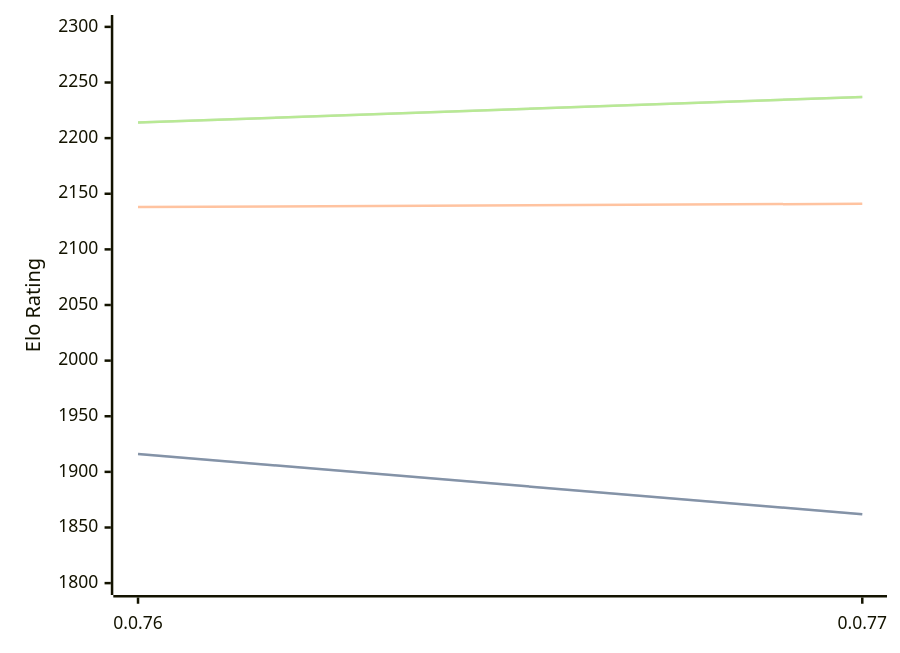
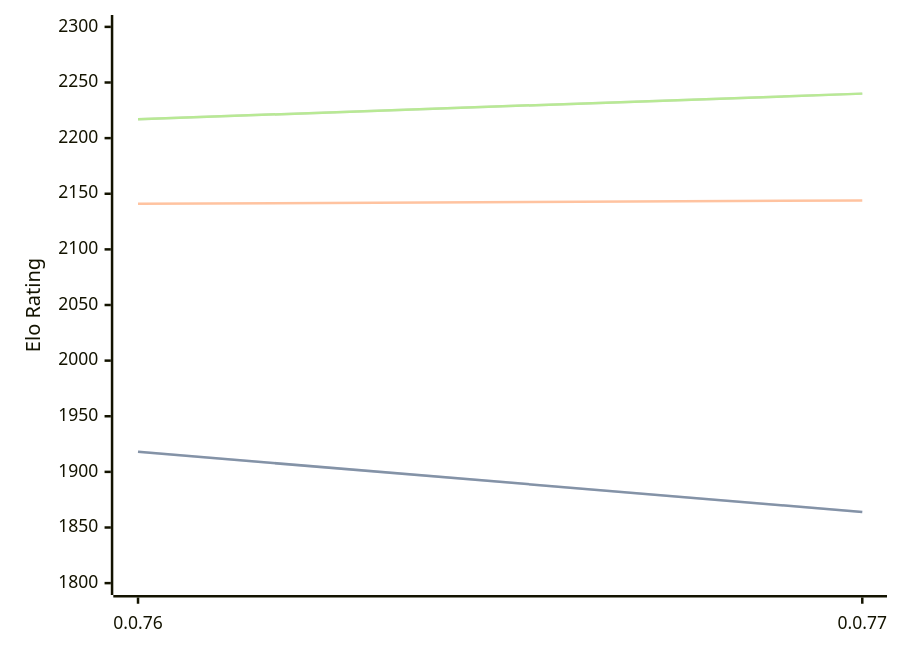
The diagram in engines/Fktb.md (computer-chess-index/cci), drawn with Mermaid before and after one commit. The commit also changed other lines of this file, not shown here.

Commit message:
Update CCI Ratings (ELO VLTC) - 2026-09-24

````diff
--- a/engines/Fktb.md
+++ b/engines/Fktb.md
@@ -32,11 +32,11 @@
 ```mermaid
 %%{init: {"theme":"base","themeVariables":{"seriesColors:['#a3a3a3','#222221','#faa371']}}}%%
 xychart-beta
   x-axis ["0.0.76", "0.0.77"]
   y-axis "Elo Rating" 1800 --> 2300
-  line "" [1916, 1862]
-  line "STC (8.0+0.08s)" [1916, 1862]
-  line "LTC (60.0+0.60s)" [2138, 2141]
-  line "" [2214, 2237]
-  line "VLTC (2m24s+1.12s)" [2214, 2237]
+  line "" [1918, 1864]
+  line "STC (8.0+0.08s)" [1918, 1864]
+  line "LTC (60.0+0.60s)" [2141, 2144]
+  line "" [2217, 2240]
+  line "VLTC (2m24s+1.12s)" [2217, 2240]
 ```
````
